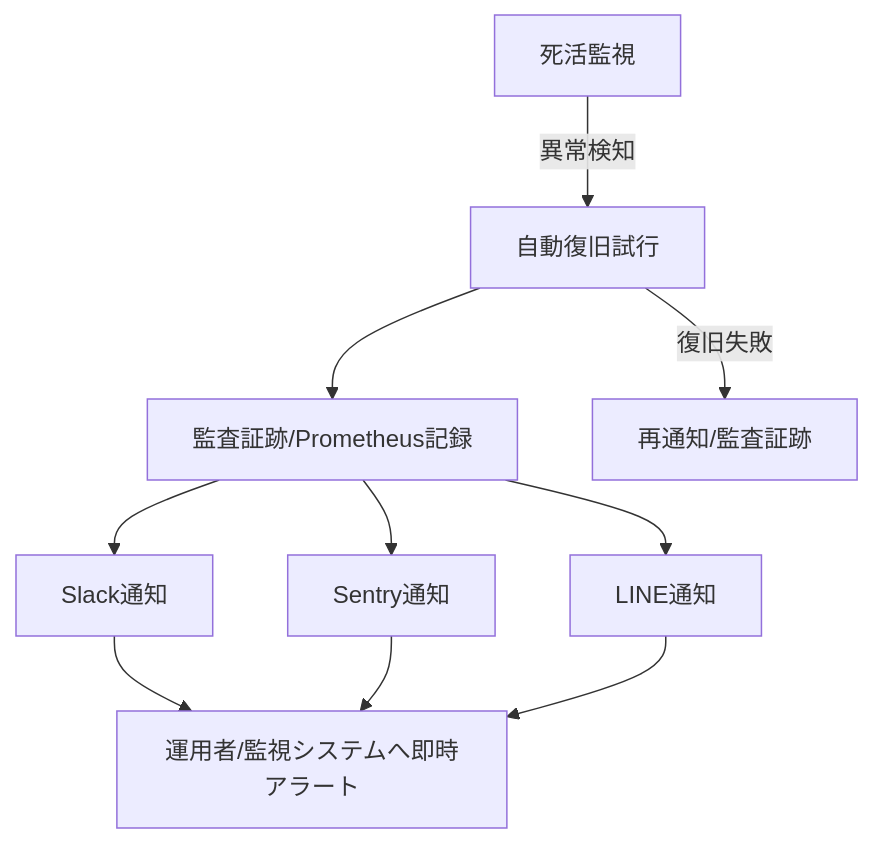
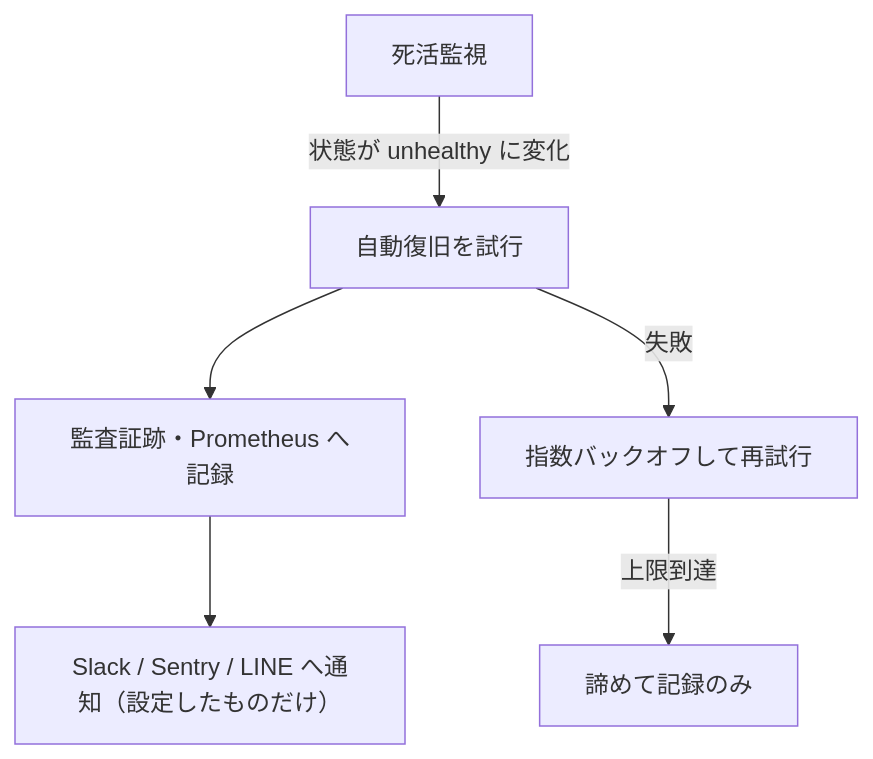
Before and after one commit to shizukutanaka/Strawberry: the second of 2 diagrams in README.md, drawn with Mermaid. The commit also changed other lines of this file and 1 other file, not shown here.

````diff
--- a/README.md
+++ b/README.md
@@ -326,10 +222,8 @@
 ```mermaid
 flowchart TD
-  A[死活監視] -->|異常検知| B[自動復旧試行]
-  B --> C[監査証跡/Prometheus記録]
-  C --> D[Slack通知]
-  C --> E[Sentry通知]
-  C --> F[LINE通知]
-  D & E & F --> G[運用者/監視システムへ即時アラート]
-  B -->|復旧失敗| H[再通知/監査証跡]
+  A[死活監視] -->|状態が unhealthy に変化| B[自動復旧を試行]
+  B --> C[監査証跡・Prometheus へ記録]
+  C --> D[Slack / Sentry / LINE へ通知（設定したものだけ）]
+  B -->|失敗| E[指数バックオフして再試行]
+  E -->|上限到達| F[諦めて記録のみ]
 ```
````
